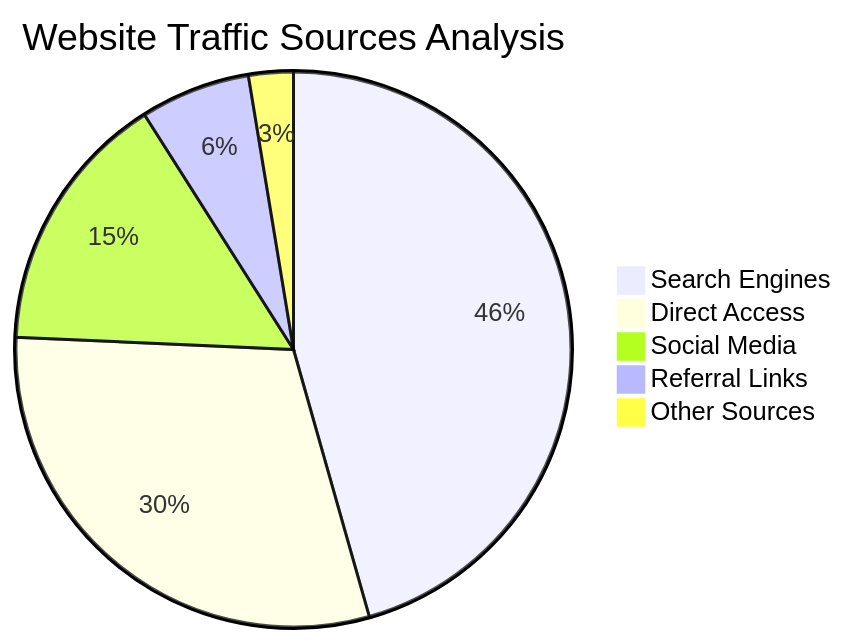
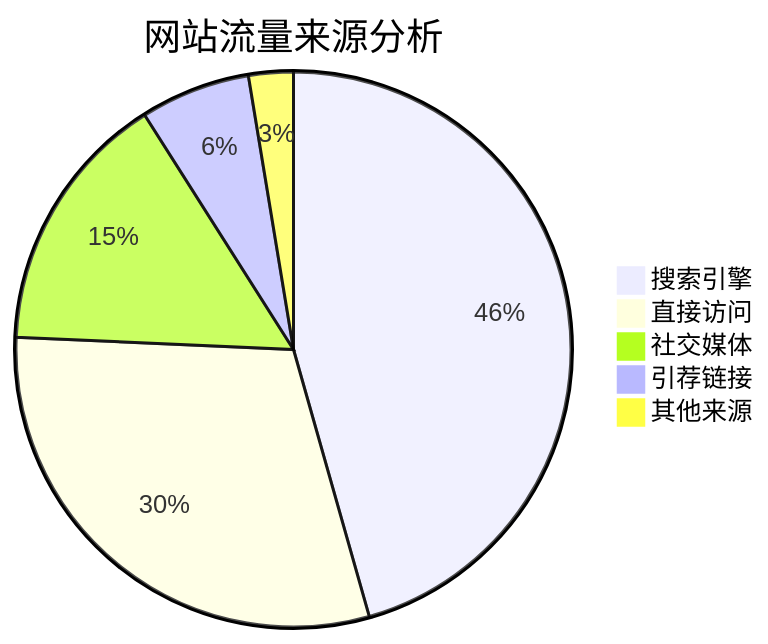
One commit to DR-RIO/My-Web-Repository changed the sixth of 6 diagrams in src/content/posts/Markdown图表.md. Above: the diagram before and after it, drawn with Mermaid. The commit also changed other lines of this file and 1 other file, not shown here.

````diff
--- a/src/content/posts/Markdown图表.md
+++ b/src/content/posts/Markdown图表.md
@@ -177,8 +176,8 @@
 ```mermaid
-pie title Website Traffic Sources Analysis
-    "Search Engines" : 45.6
-    "Direct Access" : 30.1
-    "Social Media" : 15.3
-    "Referral Links" : 6.4
-    "Other Sources" : 2.6
+pie title 网站流量来源分析
+    "搜索引擎" : 45.6
+    "直接访问" : 30.1
+    "社交媒体" : 15.3
+    "引荐链接" : 6.4
+    "其他来源" : 2.6
 ```
````
